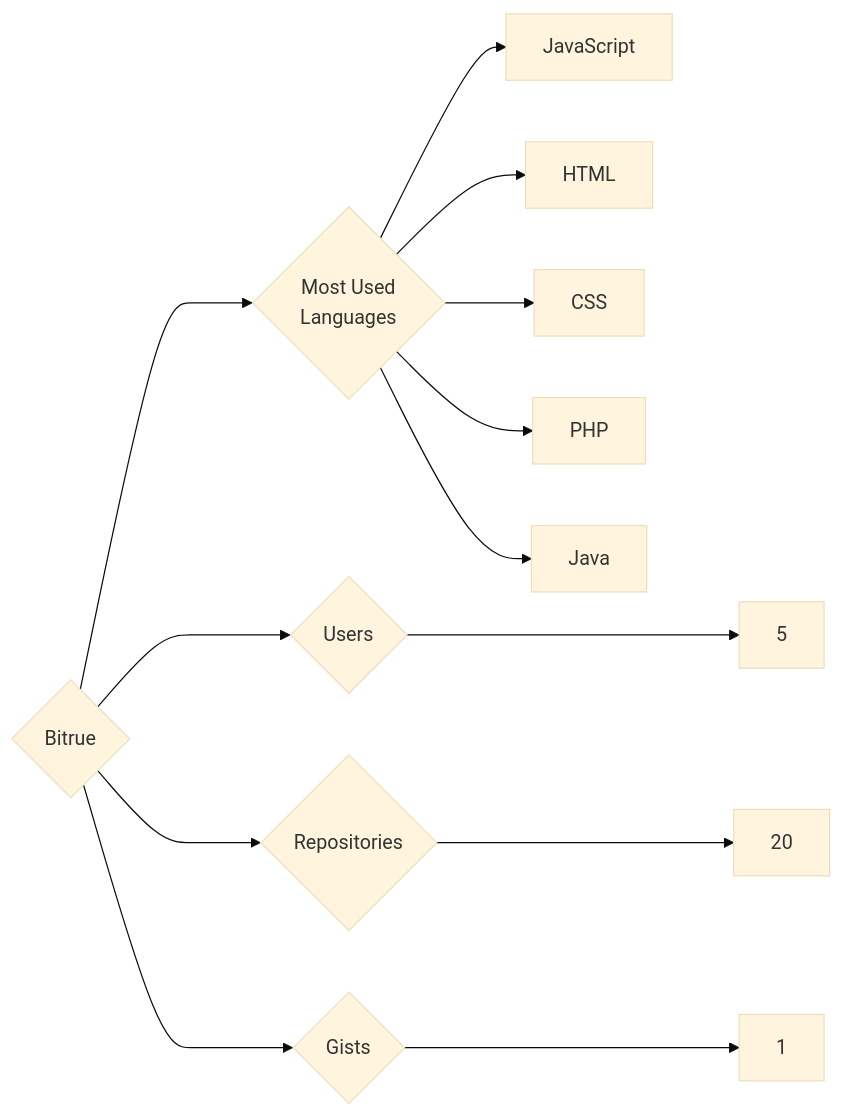
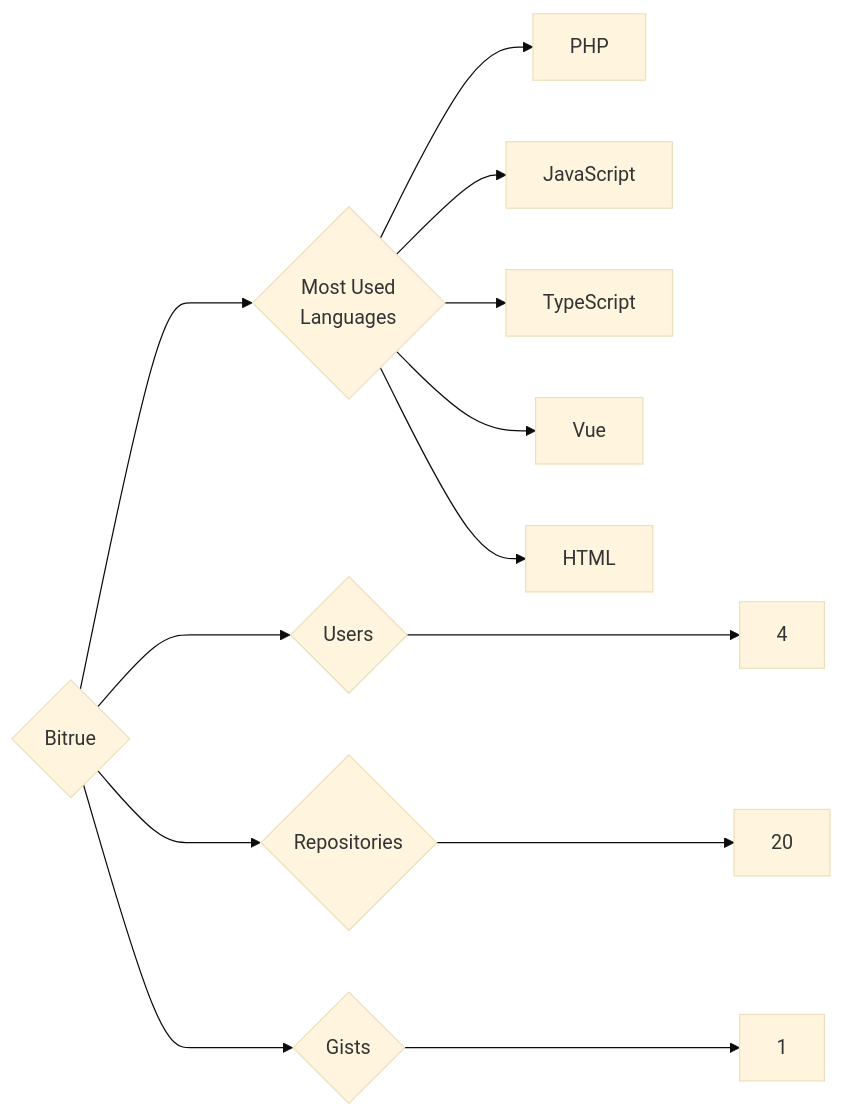
Before and after one commit to trickest/insiders: the diagram in targets/Bitrue/README.md, drawn with Mermaid (base theme). The commit also changed 718 other files, not shown here.

````diff
--- a/targets/Bitrue/README.md
+++ b/targets/Bitrue/README.md
@@ -3,13 +3,13 @@
 ```mermaid
 graph LR
 COMPANY_NAME{Bitrue}
-COMPANY_NAME ---> U{Users} ---> UN[5]
+COMPANY_NAME ---> U{Users} ---> UN[4]
 COMPANY_NAME ---> R{Repositories} ---> RN[20]
 COMPANY_NAME ---> G{Gists} ---> GN[1]
 COMPANY_NAME ---> ML{Most Used<br>Languages}
+ML --> PHP[PHP]
 ML --> JavaScript[JavaScript]
+ML --> TypeScript[TypeScript]
+ML --> Vue[Vue]
 ML --> HTML[HTML]
-ML --> CSS[CSS]
-ML --> PHP[PHP]
-ML --> Java[Java]
 ```
````
